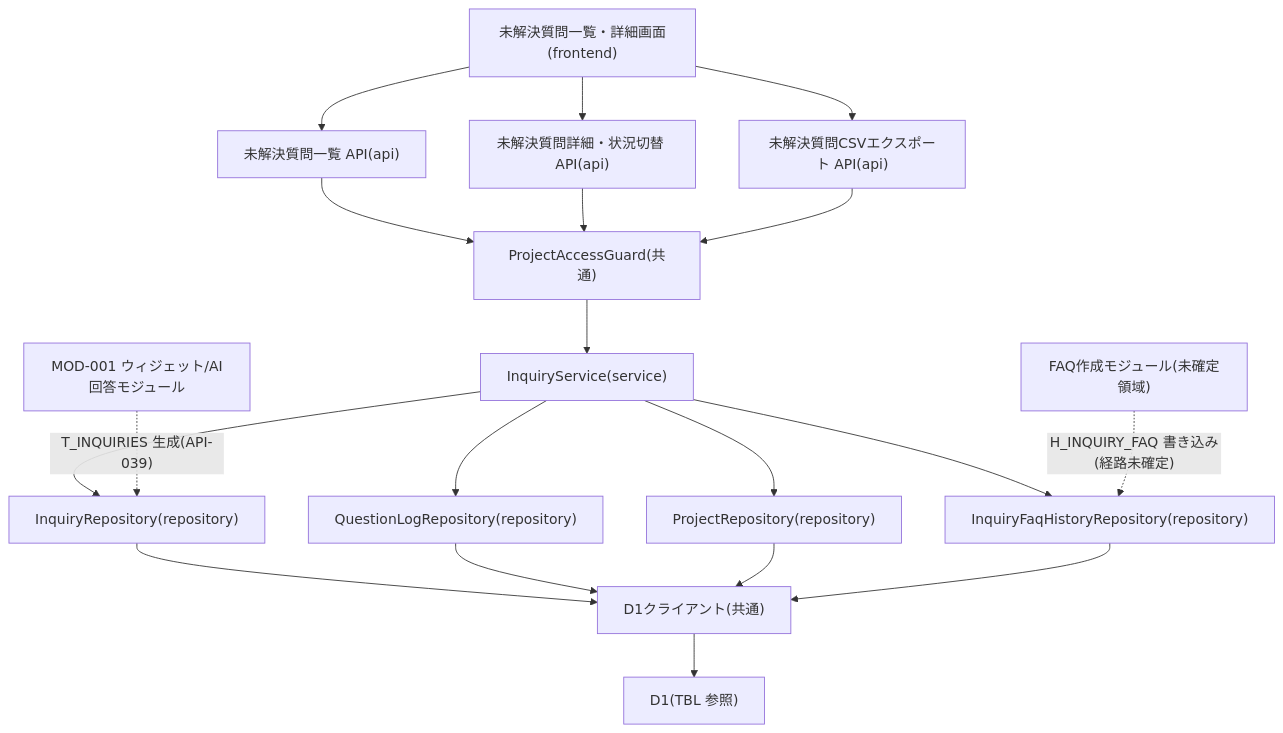
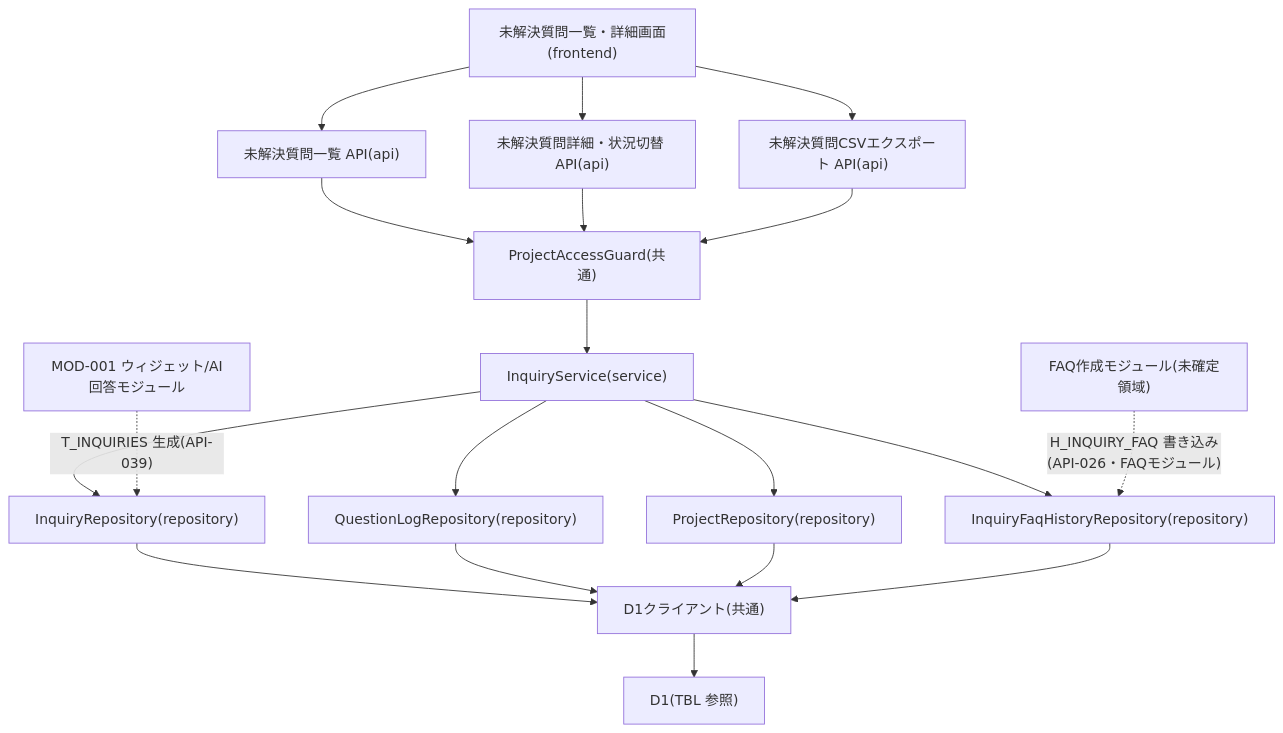
The diagram in 03_detail_design/11_module/MOD-007.md (sikakou54/open-faq), drawn with Mermaid before and after one commit. The commit also changed other lines of this file and 29 other files, not shown here.

````diff
--- a/03_detail_design/11_module/MOD-007.md
+++ b/03_detail_design/11_module/MOD-007.md
@@ -41,35 +41,35 @@
 ```mermaid
 flowchart TB
     M01["未解決質問一覧・詳細画面(frontend)"]
     M02["未解決質問一覧 API(api)"]
     M03["未解決質問詳細・状況切替 API(api)"]
     M04["未解決質問CSVエクスポート API(api)"]
     M05["ProjectAccessGuard(共通)"]
     M06["InquiryService(service)"]
     M07["InquiryRepository(repository)"]
     M08["QuestionLogRepository(repository)"]
     M09["ProjectRepository(repository)"]
     M10["InquiryFaqHistoryRepository(repository)"]
     M11["D1クライアント(共通)"]
     DB["D1(TBL 参照)"]
     MOD001["MOD-001 ウィジェット/AI回答モジュール"]
     FAQMOD["FAQ作成モジュール(未確定領域)"]
     M01 --> M02
     M01 --> M03
     M01 --> M04
     M02 --> M05
     M03 --> M05
     M04 --> M05
     M05 --> M06
     M06 --> M07
     M06 --> M08
     M06 --> M09
     M06 --> M10
     M07 --> M11
     M08 --> M11
     M09 --> M11
     M10 --> M11
     M11 --> DB
     MOD001 -.->|"T_INQUIRIES 生成(API-039)"| M07
-    FAQMOD -.->|"H_INQUIRY_FAQ 書き込み(経路未確定)"| M10
+    FAQMOD -.->|"H_INQUIRY_FAQ 書き込み(API-026・FAQモジュール)"| M10
 ```
````
